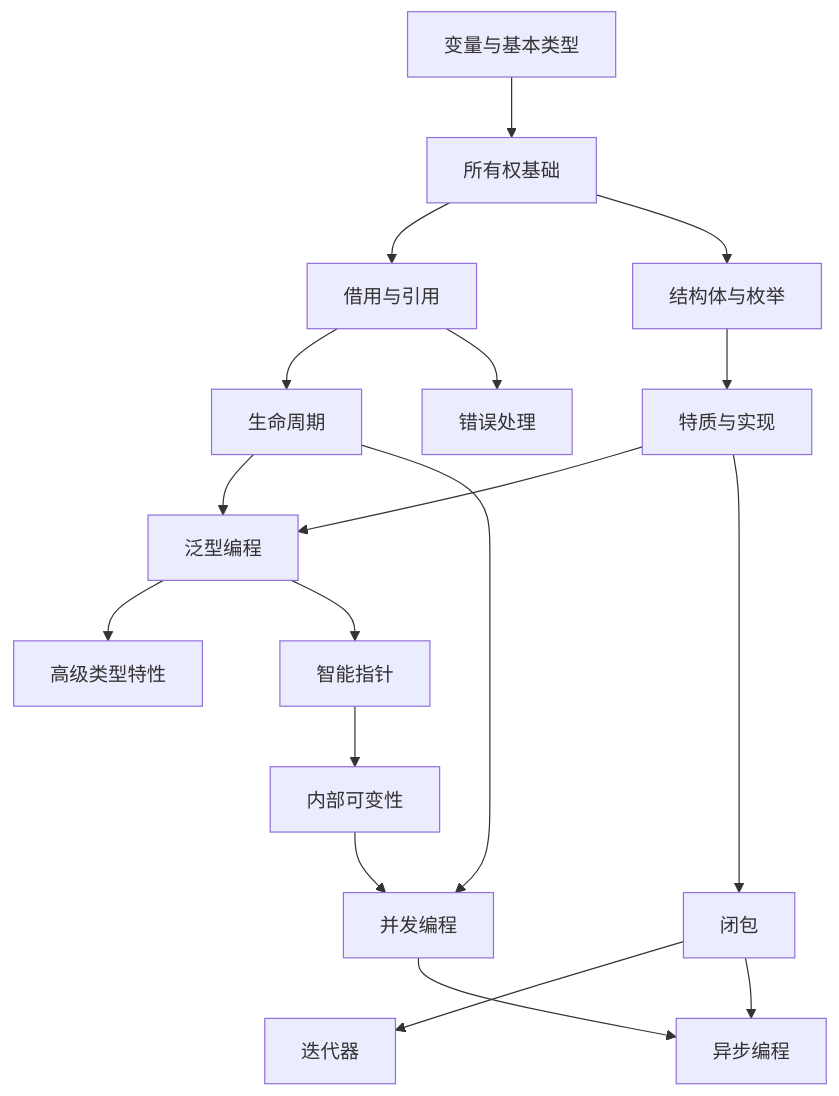
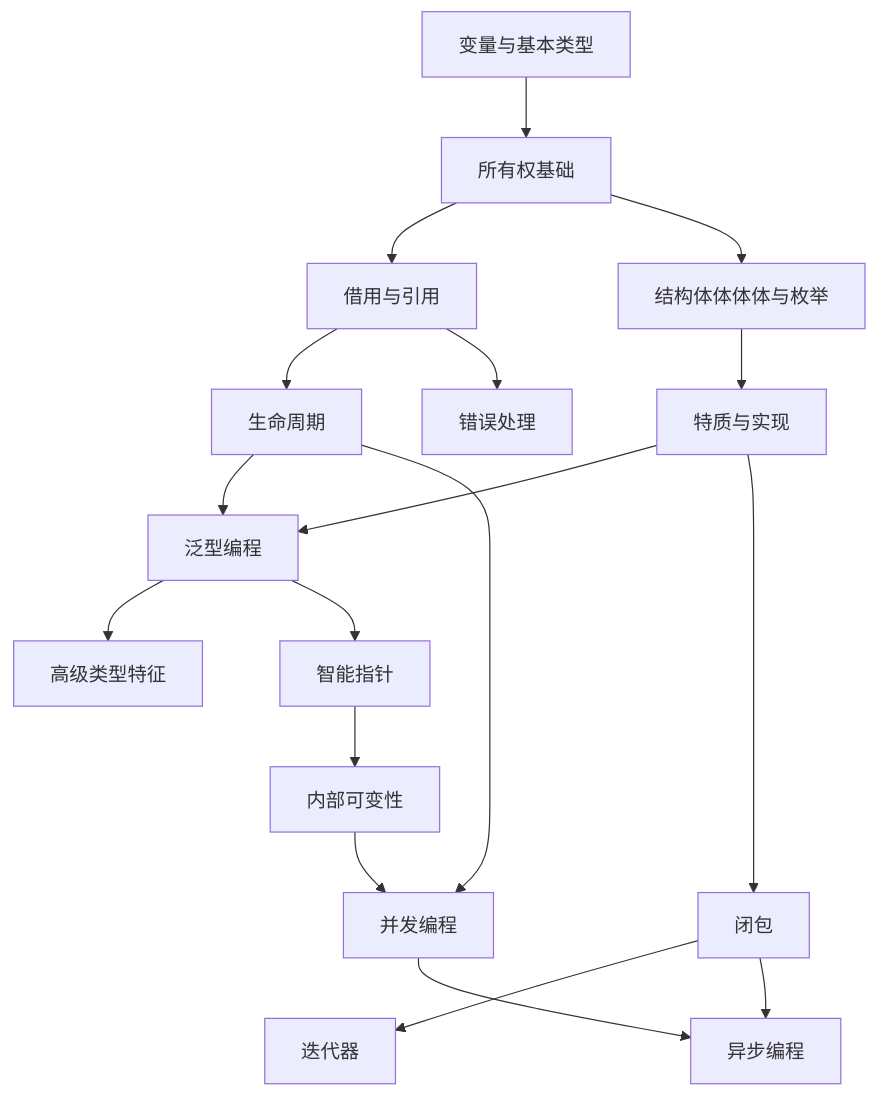
One commit to martin-ly/rust-lang changed the tenth of 10 diagrams in formal_rust/refactor/duplicate_dirs/18_model_systems/02_model_theory.md. Above: the diagram before and after it, drawn with Mermaid. The commit also changed other lines of this file and 5740 other files, not shown here.

````diff
--- a/formal_rust/refactor/duplicate_dirs/18_model_systems/02_model_theory.md
+++ b/formal_rust/refactor/duplicate_dirs/18_model_systems/02_model_theory.md
@@ -425,20 +425,20 @@
 ```mermaid
 graph TD
     A[变量与基本类型] --> B[所有权基础]
     B --> C[借用与引用]
     C --> D[生命周期]
-    B --> E[结构体与枚举]
+    B --> E[结构体体体体与枚举]
     E --> F[特质与实现]
     F --> G[泛型编程]
     D --> G
-    G --> H[高级类型特性]
+    G --> H[高级类型特征]
     C --> I[错误处理]
     F --> J[闭包]
     J --> K[迭代器]
     G --> L[智能指针]
     L --> M[内部可变性]
     D --> N[并发编程]
     M --> N
     J --> O[异步编程]
     N --> O
 ```
````
